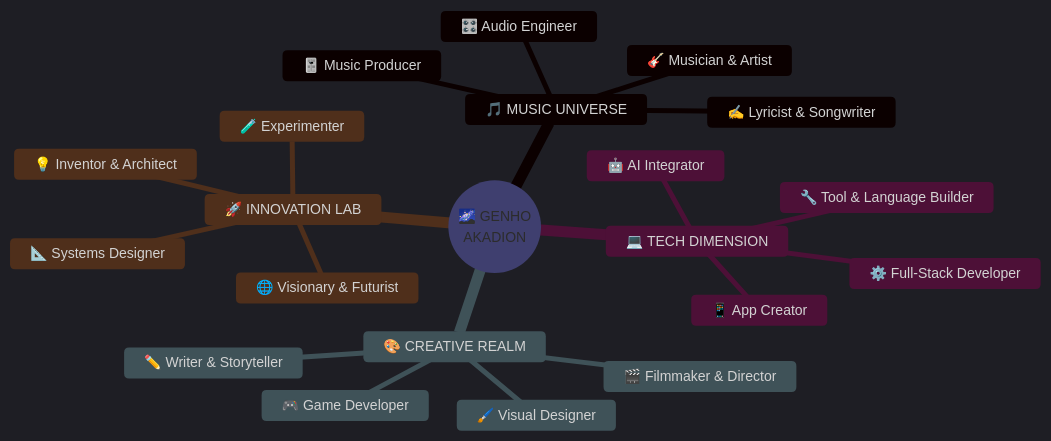
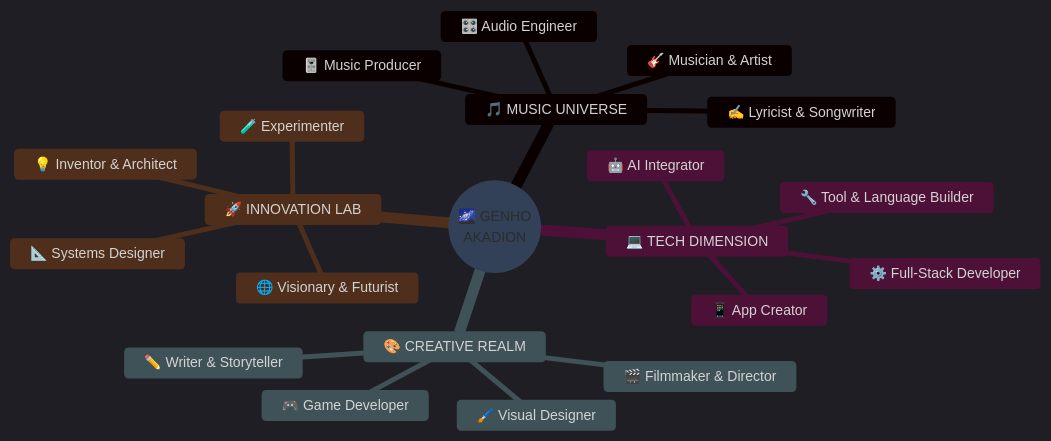
Before and after one commit to iakadion/iakadion: the first of 5 diagrams in README.md, drawn with Mermaid. The commit also changed other lines of this file and 5 other files, not shown here.

````diff
--- a/README.md
+++ b/README.md
@@ -17,25 +61,25 @@
 ```mermaid
-%%{init: {'theme':'dark','themeVariables':{'primaryColor':'#00f7f7','primaryTextColor':'#ffffff','primaryBorderColor':'#00f7f7','lineColor':'#58a6ff','secondaryColor':'#1a1a2e','tertiaryColor':'#16213e','fontSize':'14px'}}}%%
+%%{init: {'theme':'dark','themeVariables':{'primaryColor':'#00f7f7','primaryTextColor':'#ffffff','primaryBorderColor':'#00f7f7','lineColor':'#58a6ff','secondaryColor':'#0d1117','tertiaryColor':'#161b22','fontSize':'14px'}}}%%
 mindmap
   root((🌌 GENHO<br/>AKADION))
     🎵 MUSIC UNIVERSE
       🎸 Musician & Artist
       ✍️ Lyricist & Songwriter
       🎛️ Audio Engineer
       🎚️ Music Producer
     💻 TECH DIMENSION
       ⚙️ Full-Stack Developer
       🔧 Tool & Language Builder
       🤖 AI Integrator
       📱 App Creator
     🎨 CREATIVE REALM
       🎬 Filmmaker & Director
       🖌️ Visual Designer
       ✏️ Writer & Storyteller
       🎮 Game Developer
     🚀 INNOVATION LAB
       💡 Inventor & Architect
       🌐 Visionary & Futurist
       🧪 Experimenter
       📐 Systems Designer
 ```
````
